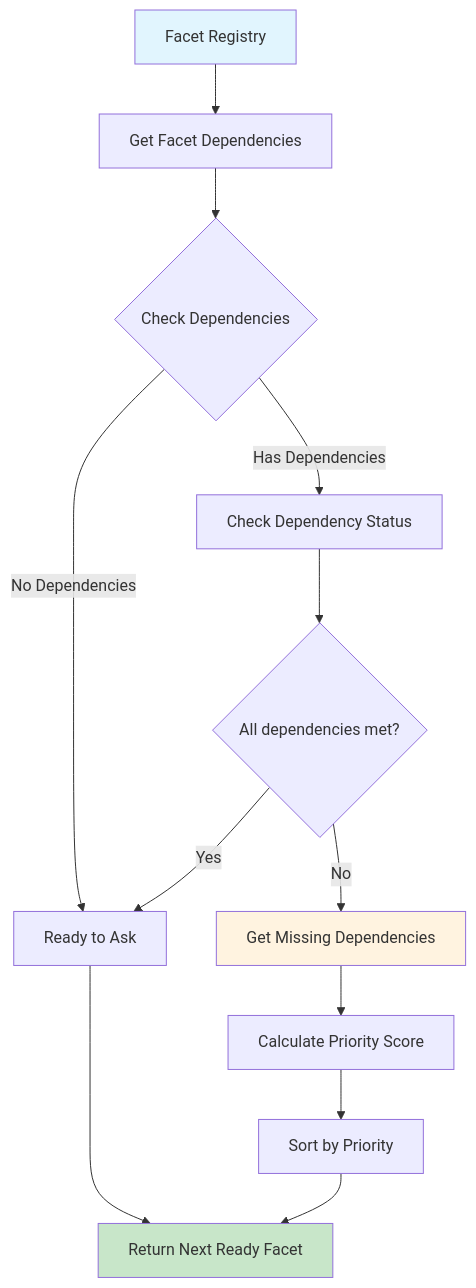
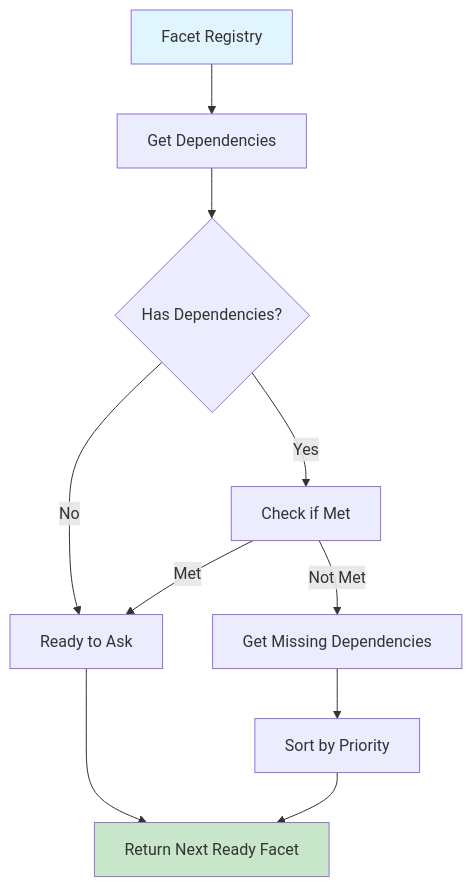
The fourth of 9 diagrams in README.md (bilalAIDeveloper/new-feat-test), drawn with Mermaid before and after one commit. The commit also changed other lines of this file, not shown here.

````diff
--- a/README.md
+++ b/README.md
@@ -75,17 +68,15 @@
 ```mermaid
 graph TD
-    A[Facet Registry] --> B[Get Facet Dependencies]
-    B --> C{Check Dependencies}
-    C -->|No Dependencies| D[Ready to Ask]
-    C -->|Has Dependencies| E[Check Dependency Status]
-    E --> F{All dependencies met?}
-    F -->|Yes| D
-    F -->|No| G[Get Missing Dependencies]
-    G --> H[Calculate Priority Score]
-    H --> I[Sort by Priority]
-    I --> J[Return Next Ready Facet]
-    D --> J
+    A[Facet Registry] --> B[Get Dependencies]
+    B --> C{Has Dependencies?}
+    C -->|No| D[Ready to Ask]
+    C -->|Yes| E[Check if Met]
+    E -->|Met| D
+    E -->|Not Met| F[Get Missing Dependencies]
+    F --> G[Sort by Priority]
+    G --> H[Return Next Ready Facet]
+    D --> H
+    
     style A fill:#e1f5fe
-    style J fill:#c8e6c9
-    style G fill:#fff3e0
+    style H fill:#c8e6c9
 ```
````
